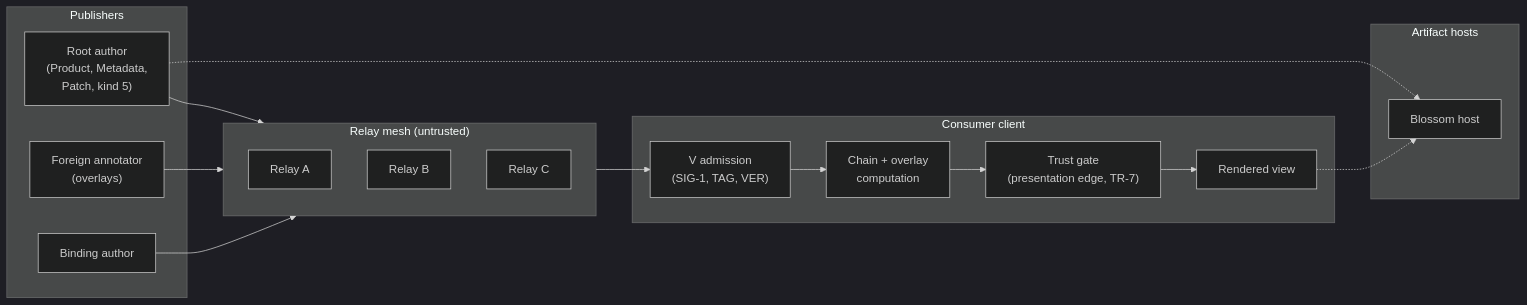
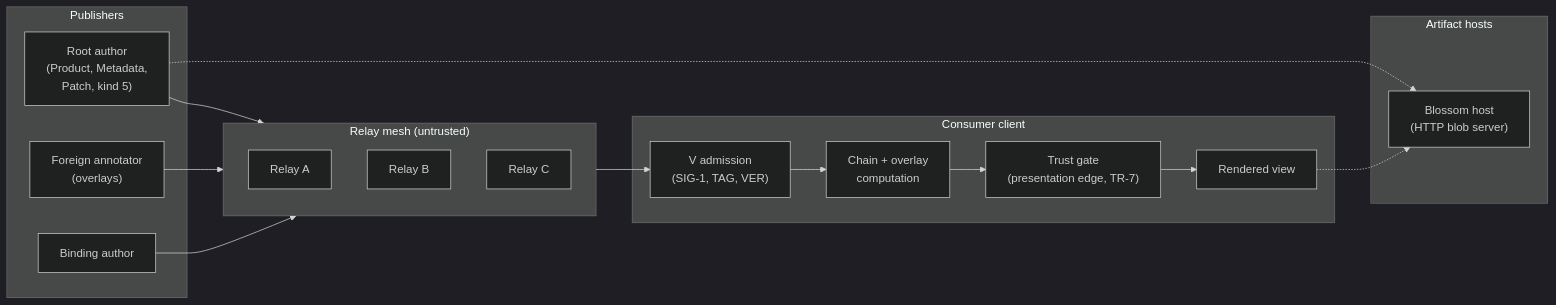
Before and after one commit to crocs-muni/scrutiny-fabric: the first of 3 diagrams in docs/threat-model.md, drawn with Mermaid (dark theme). The commit also changed other lines of this file, not shown here.

First line of the commit message:
tm: attack-tree 1 gains T-DI-09 forgery methods; Blossom node self-describing

````diff
--- a/docs/threat-model.md
+++ b/docs/threat-model.md
@@ -61,26 +61,26 @@
 ```mermaid
 flowchart LR
     subgraph Pub["Publishers"]
         RA["Root author<br/>(Product, Metadata,<br/>Patch, kind 5)"]
         FA["Foreign annotator<br/>(overlays)"]
         BA["Binding author"]
     end
     subgraph Mesh["Relay mesh (untrusted)"]
         R1["Relay A"]
         R2["Relay B"]
         R3["Relay C"]
     end
     subgraph Client["Consumer client"]
         V["V admission<br/>(SIG-1, TAG, VER)"]
         C["Chain + overlay<br/>computation"]
         G["Trust gate<br/>(presentation edge, TR-7)"]
         UI["Rendered view"]
     end
     subgraph Hosts["Artifact hosts"]
-        B1["Blossom host"]
+        B1["Blossom host<br/>(HTTP blob server)"]
     end
     RA --> Mesh; FA --> Mesh; BA --> Mesh
     Mesh --> V --> C --> G --> UI
     UI -.-> B1
     RA -.-> B1
 ```
````
